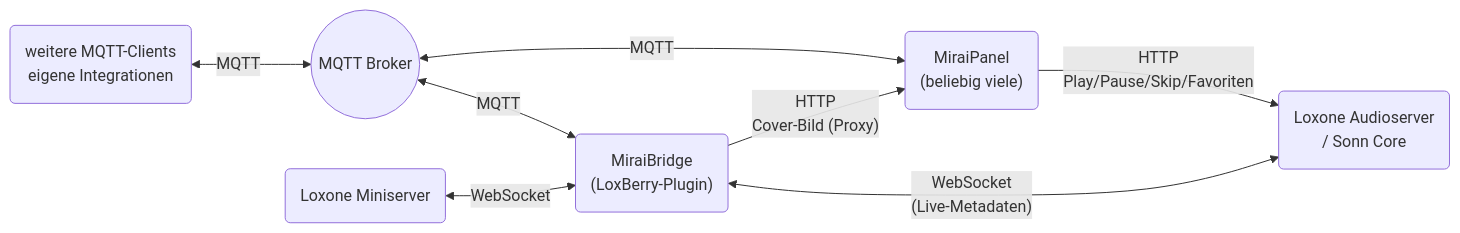
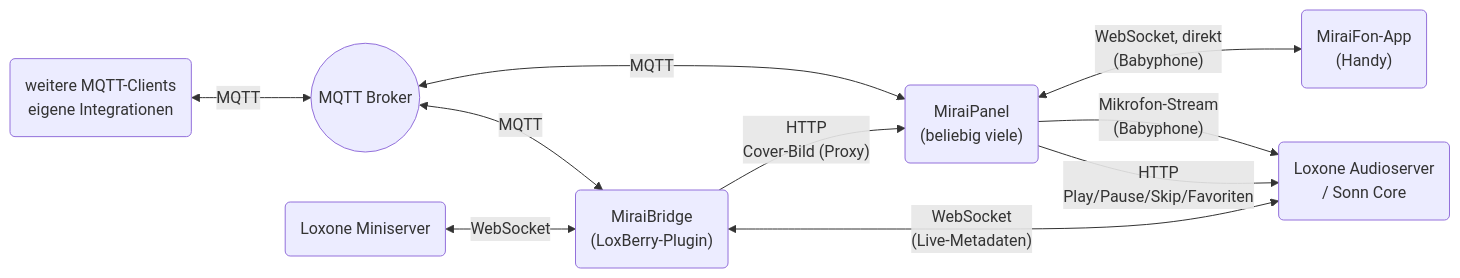
The second of 2 diagrams in README.md (Holzmusik/MiraiPanel), drawn with Mermaid before and after one commit. The commit also changed other lines of this file and 1 other file, not shown here.

Commit message:
Babyphone-Feature und MiraiFon-App in Übersicht/Architektur ergänzen

````diff
--- a/README.md
+++ b/README.md
@@ -179,10 +180,12 @@
 ```mermaid
 flowchart LR
     Other("weitere MQTT-Clients<br/>eigene Integrationen") <-->|MQTT| Broker(("MQTT Broker"))
     Broker <-->|MQTT| Bridge("MiraiBridge<br/>(LoxBerry-Plugin)")
     Broker <-->|MQTT| Panel("MiraiPanel<br/>(beliebig viele)")
     MS("Loxone Miniserver") <-->|WebSocket| Bridge
     Bridge <-->|"WebSocket<br/>(Live-Metadaten)"| Audio("Loxone Audioserver<br/>/ Sonn Core")
     Panel -->|"HTTP<br/>Play/Pause/Skip/Favoriten"| Audio
     Bridge -->|"HTTP<br/>Cover-Bild (Proxy)"| Panel
+    Panel -->|"Mikrofon-Stream<br/>(Babyphone)"| Audio
+    Panel <-->|"WebSocket, direkt<br/>(Babyphone)"| MiraiFon("MiraiFon-App<br/>(Handy)")
 ```
````
